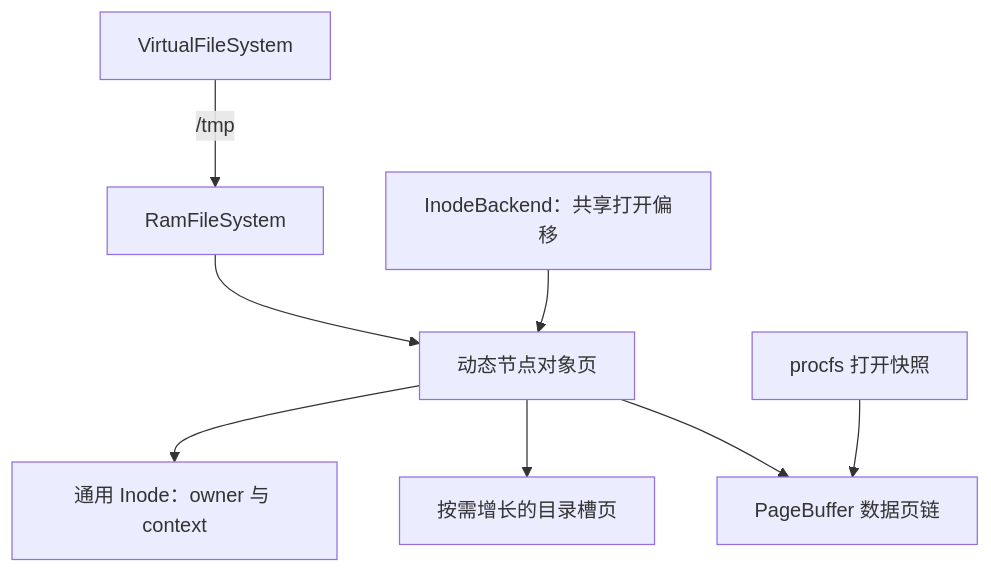
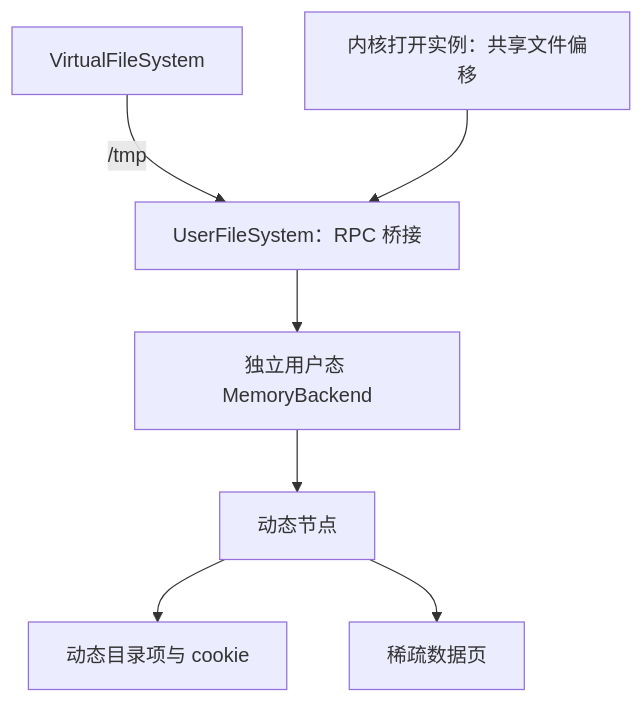
Before and after one commit to barrenham/xv6-cpp: the diagram in docs/ramfs.md, drawn with Mermaid. The commit also changed other lines of this file and 67 other files, not shown here.

````diff
--- a/docs/ramfs.md
+++ b/docs/ramfs.md
@@ -19,10 +19,9 @@
 ```mermaid
 flowchart TD
-  VFS[VirtualFileSystem] -->|/tmp| RAM[RamFileSystem]
-  RAM --> Node[动态节点对象页]
-  Node --> Inode[通用 Inode：owner 与 context]
-  Node --> Slots[按需增长的目录槽页]
-  Node --> Data[PageBuffer 数据页链]
-  File[InodeBackend：共享打开偏移] --> Node
-  Proc[procfs 打开快照] --> Data
+  VFS[VirtualFileSystem] -->|/tmp| Bridge[UserFileSystem：RPC 桥接]
+  Bridge --> RAM[独立用户态 MemoryBackend]
+  RAM --> Node[动态节点]
+  Node --> Slots[动态目录项与 cookie]
+  Node --> Data[稀疏数据页]
+  File[内核打开实例：共享文件偏移] --> Bridge
 ```
````
